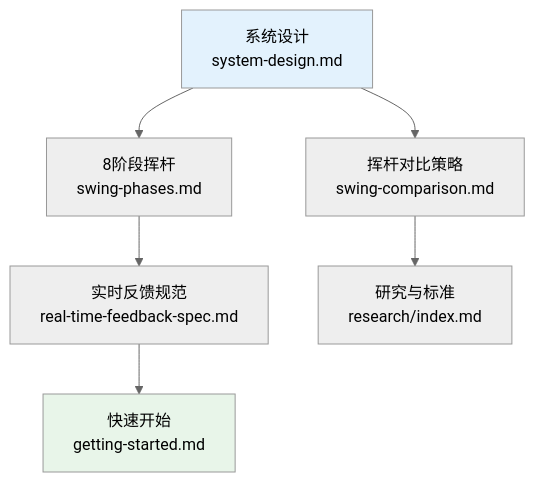
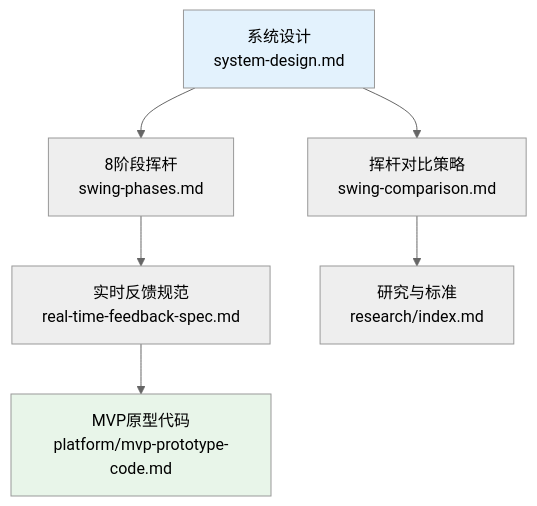
Before and after one commit to movement-chain-ai/movement-chain-docs: the diagram in docs/zh/design/index.md, drawn with Mermaid (neutral theme). The commit also changed other lines of this file and 10 other files, not shown here.

First line of the commit message:
docs(design): 合并 decisions-summary 并移除 getting-started

````diff
--- a/docs/zh/design/index.md
+++ b/docs/zh/design/index.md
@@ -44,12 +43,12 @@
 ```mermaid
 graph TD
     A[系统设计<br/>system-design.md] --> B[8阶段挥杆<br/>swing-phases.md]
     B --> C[实时反馈规范<br/>real-time-feedback-spec.md]
-    C --> D[快速开始<br/>getting-started.md]
+    C --> D[MVP原型代码<br/>platform/mvp-prototype-code.md]
 
     A --> E[挥杆对比策略<br/>swing-comparison.md]
     E --> F[研究与标准<br/>research/index.md]
 
     style A fill:#e3f2fd
     style D fill:#e8f5e9
 ```
````
